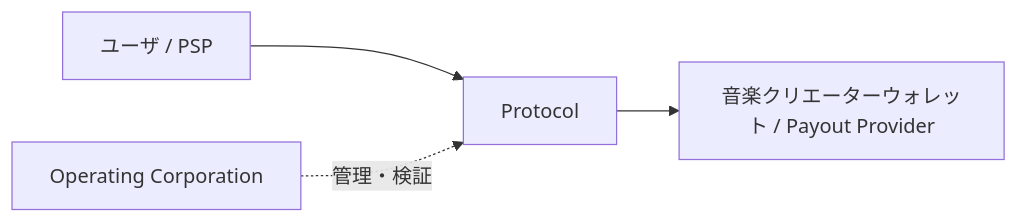
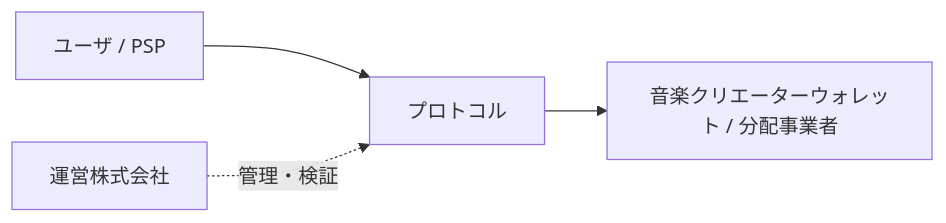
Diagram 12 of 45 in docs/whitepaper/11-legal-sto-tax.md (ShigeichiroYamasaki/creator-first-platform), drawn with Mermaid before and after one commit. The commit also changed other lines of this file and 72 other files, not shown here.

````diff
--- a/docs/whitepaper/11-legal-sto-tax.md
+++ b/docs/whitepaper/11-legal-sto-tax.md
@@ -371,11 +371,11 @@
 ```mermaid
 flowchart LR
     USER[ユーザ / PSP]
-    CONTRACT[Protocol]
-    CREATOR[音楽クリエーターウォレット / Payout Provider]
+    CONTRACT[プロトコル]
+    CREATOR[音楽クリエーターウォレット / 分配事業者]
 
     USER --> CONTRACT --> CREATOR
 
-    PLATFORM[Operating Corporation]
+    PLATFORM[運営株式会社]
     PLATFORM -.->|管理・検証| CONTRACT
 ```
````
